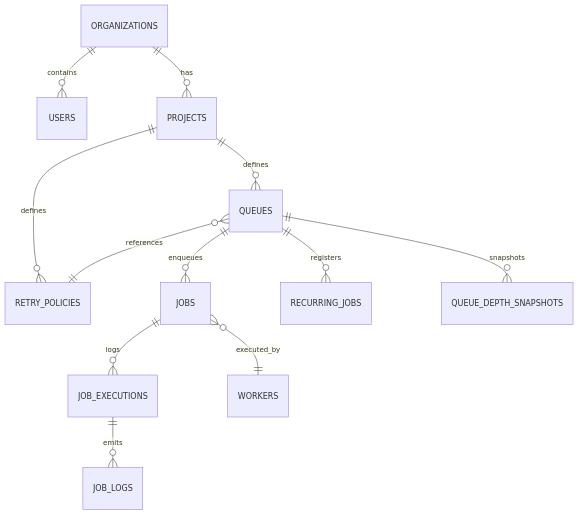
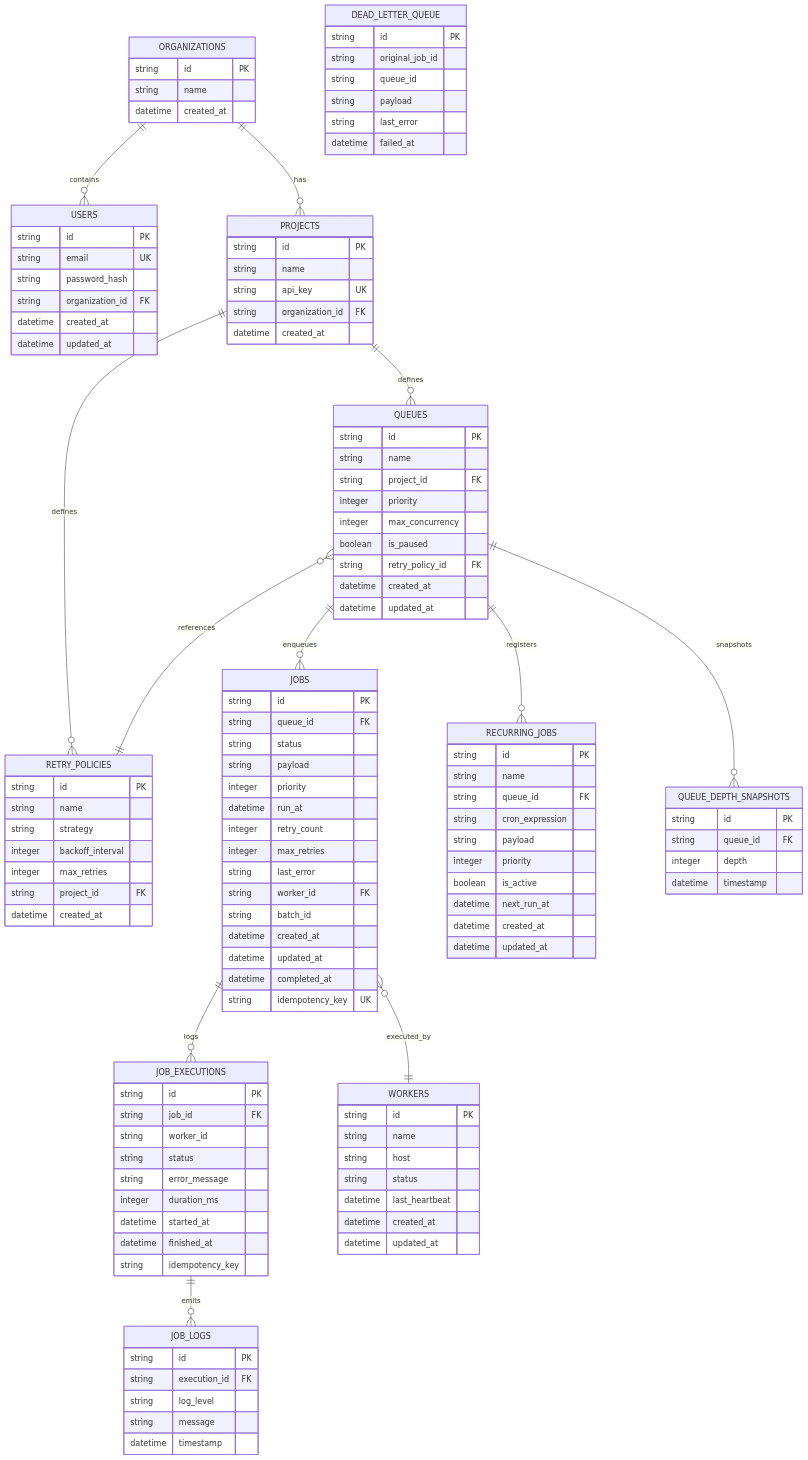
One commit to Neha-0019/Jobsphere-Distributed-Job-Scheduler changed the second of 2 diagrams in README.md. Above: the diagram before and after it, drawn with Mermaid.

````diff
--- a/README.md
+++ b/README.md
@@ -108,4 +108,126 @@
     JOBS ||--o{ JOB_EXECUTIONS : "logs"
     JOBS }o--|| WORKERS : "executed_by"
     JOB_EXECUTIONS ||--o{ JOB_LOGS : "emits"
+    
+    ORGANIZATIONS {
+        string id PK
+        string name
+        datetime created_at
+    }
+
+    USERS {
+        string id PK
+        string email UK
+        string password_hash
+        string organization_id FK
+        datetime created_at
+        datetime updated_at
+    }
+
+    PROJECTS {
+        string id PK
+        string name
+        string api_key UK
+        string organization_id FK
+        datetime created_at
+    }
+
+    RETRY_POLICIES {
+        string id PK
+        string name
+        string strategy
+        integer backoff_interval
+        integer max_retries
+        string project_id FK
+        datetime created_at
+    }
+
+    QUEUES {
+        string id PK
+        string name
+        string project_id FK
+        integer priority
+        integer max_concurrency
+        boolean is_paused
+        string retry_policy_id FK
+        datetime created_at
+        datetime updated_at
+    }
+
+    JOBS {
+        string id PK
+        string queue_id FK
+        string status
+        string payload
+        integer priority
+        datetime run_at
+        integer retry_count
+        integer max_retries
+        string last_error
+        string worker_id FK
+        string batch_id
+        datetime created_at
+        datetime updated_at
+        datetime completed_at
+        string idempotency_key UK
+    }
+
+    RECURRING_JOBS {
+        string id PK
+        string name
+        string queue_id FK
+        string cron_expression
+        string payload
+        integer priority
+        boolean is_active
+        datetime next_run_at
+        datetime created_at
+        datetime updated_at
+    }
+
+    WORKERS {
+        string id PK
+        string name
+        string host
+        string status
+        datetime last_heartbeat
+        datetime created_at
+        datetime updated_at
+    }
+
+    JOB_EXECUTIONS {
+        string id PK
+        string job_id FK
+        string worker_id
+        string status
+        string error_message
+        integer duration_ms
+        datetime started_at
+        datetime finished_at
+        string idempotency_key
+    }
+
+    JOB_LOGS {
+        string id PK
+        string execution_id FK
+        string log_level
+        string message
+        datetime timestamp
+    }
+
+    DEAD_LETTER_QUEUE {
+        string id PK
+        string original_job_id
+        string queue_id
+        string payload
+        string last_error
+        datetime failed_at
+    }
+
+    QUEUE_DEPTH_SNAPSHOTS {
+        string id PK
+        string queue_id FK
+        integer depth
+        datetime timestamp
+    }
 ```
````
